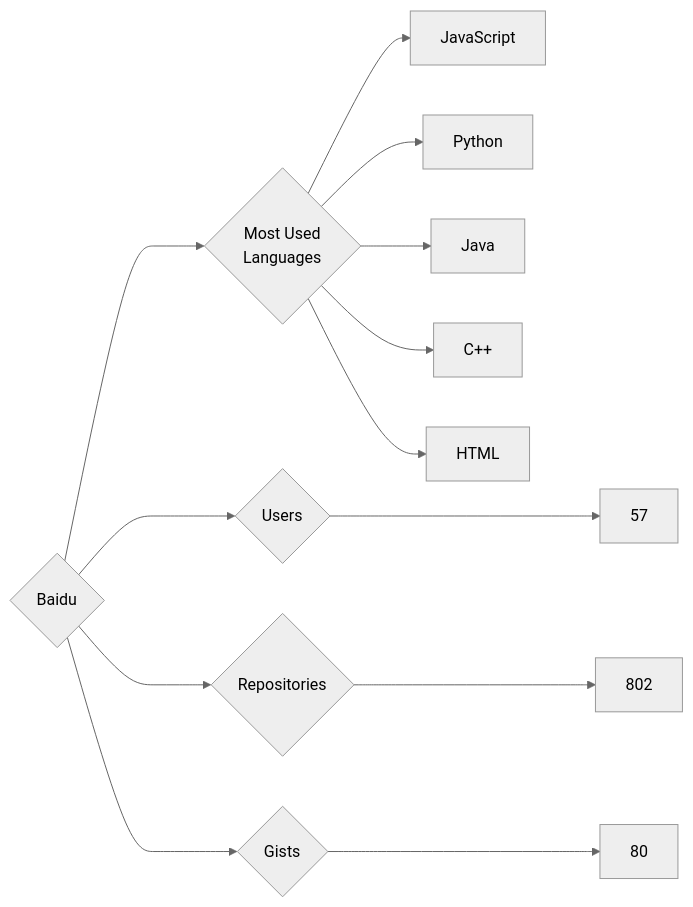
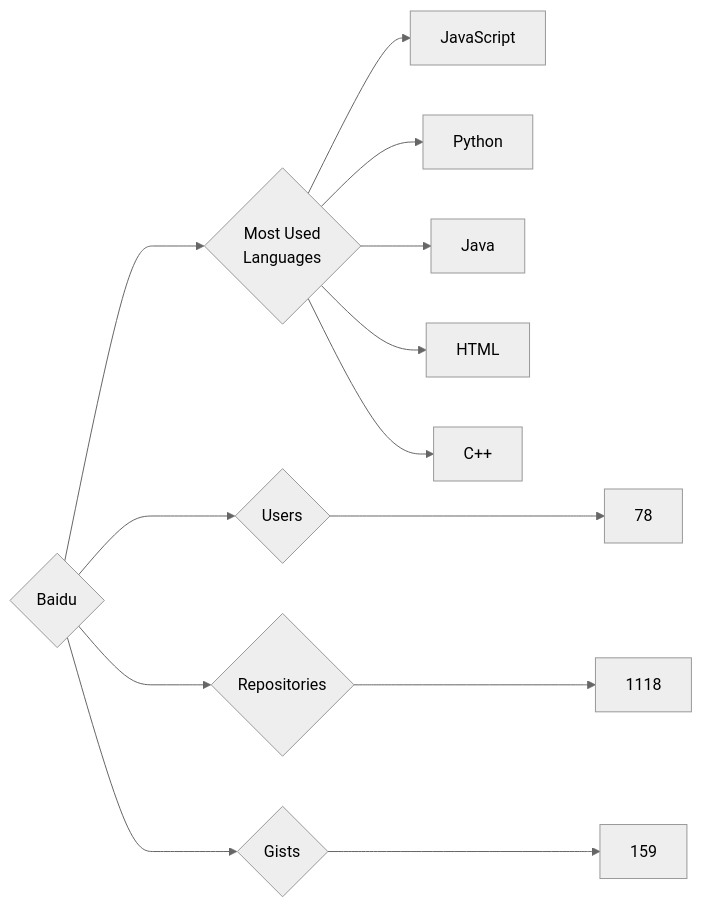
One commit to trickest/insiders changed the diagram in targets/Baidu/README.md. Above: the diagram before and after it, drawn with Mermaid (neutral theme). The commit also changed 682 other files, not shown here.

````diff
--- a/targets/Baidu/README.md
+++ b/targets/Baidu/README.md
@@ -3,13 +3,13 @@
 ```mermaid
 graph LR
 COMPANY_NAME{Baidu}
-COMPANY_NAME ---> U{Users} ---> UN[57]
-COMPANY_NAME ---> R{Repositories} ---> RN[802]
-COMPANY_NAME ---> G{Gists} ---> GN[80]
+COMPANY_NAME ---> U{Users} ---> UN[78]
+COMPANY_NAME ---> R{Repositories} ---> RN[1118]
+COMPANY_NAME ---> G{Gists} ---> GN[159]
 COMPANY_NAME ---> ML{Most Used<br>Languages}
 ML --> JavaScript[JavaScript]
 ML --> Python[Python]
 ML --> Java[Java]
+ML --> HTML[HTML]
 ML --> C++[C++]
-ML --> HTML[HTML]
 ```
````
